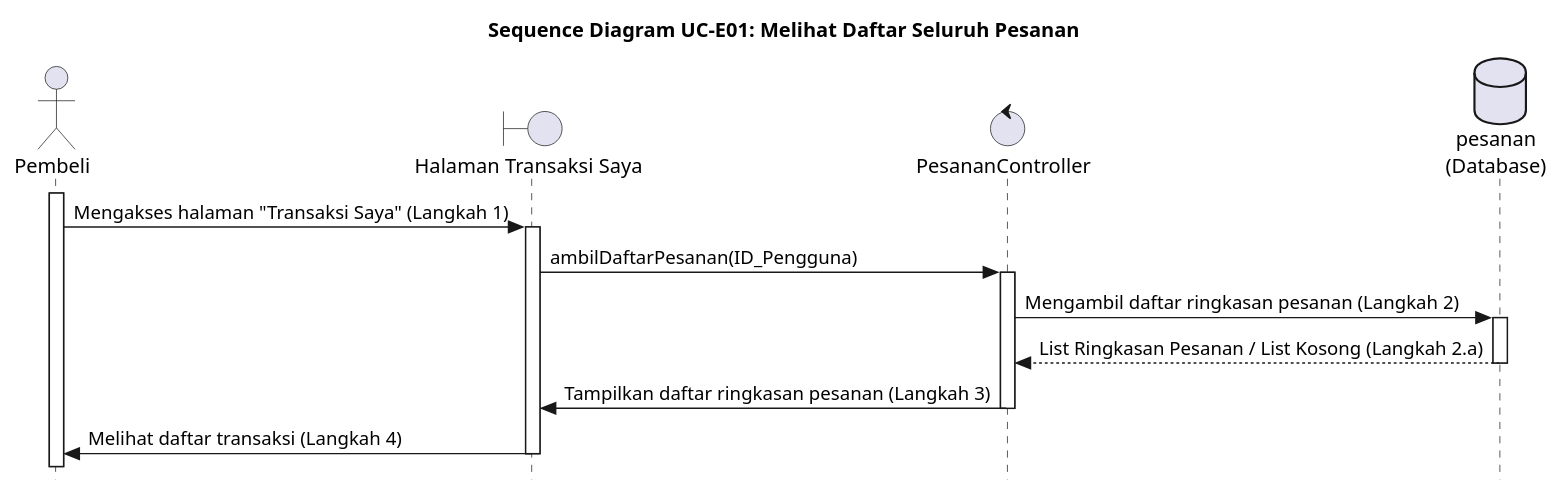
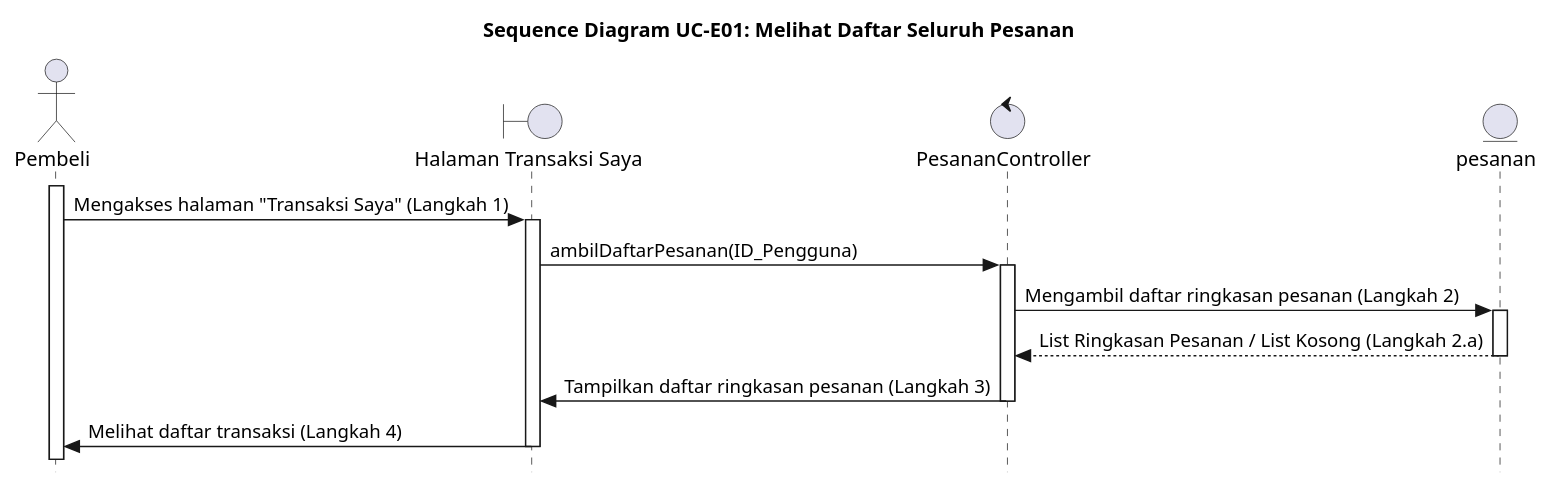
The diagram in UC-E01.PUML (alfiahnurfa/RSI-PROYEK-AKHIR-SEQUENCE), drawn with PlantUML before and after one commit. The commit also changed 54 other files, not shown here.

Commit message:
revisi database ke entity

```diff
--- a/UC-E01.PUML
+++ b/UC-E01.PUML
@@ -1,45 +1,45 @@
 @startuml SD-UC-E01_MelihatDaftarPesanan
 title Sequence Diagram UC-E01: Melihat Daftar Seluruh Pesanan
 skinparam style strictuml
 
 actor Pembeli
 boundary HalamanTransaksi as "Halaman Transaksi Saya"
 control PesananController
-database pesanan as "pesanan\n(Database)"
+entity pesanan
 
 ' box "Sistem Riwayat Pesanan"
 '     participant HalamanTransaksi
 '     participant PesananController
 ' end box
 
 activate Pembeli
 Pembeli -> HalamanTransaksi : Mengakses halaman "Transaksi Saya" (Langkah 1)
 activate HalamanTransaksi
 
 HalamanTransaksi -> PesananController : ambilDaftarPesanan(ID_Pengguna)
 activate PesananController
 
 PesananController -> pesanan : Mengambil daftar ringkasan pesanan (Langkah 2)
 activate pesanan
 return List Ringkasan Pesanan / List Kosong (Langkah 2.a)
 deactivate pesanan
 
 PesananController -> HalamanTransaksi : Tampilkan daftar ringkasan pesanan (Langkah 3)
 deactivate PesananController
 
 HalamanTransaksi -> Pembeli : Melihat daftar transaksi (Langkah 4)
 
 ' alt Jika Riwayat Ditemukan (Main Flow)
 
 ' else Jika Riwayat Kosong (Alternative Flow 2.a)
 '     note over PesananController
 '         List Pesanan Kosong
 '     end note
 '     PesananController -> HalamanTransaksi : Tampilkan notifikasi("Anda belum memiliki riwayat transaksi.") (Langkah 3.a)
 '     deactivate PesananController
     
 '     HalamanTransaksi -> Pembeli : Menerima notifikasi riwayat kosong (Langkah 4)
 ' end alt
 deactivate HalamanTransaksi
 
 @enduml
```
